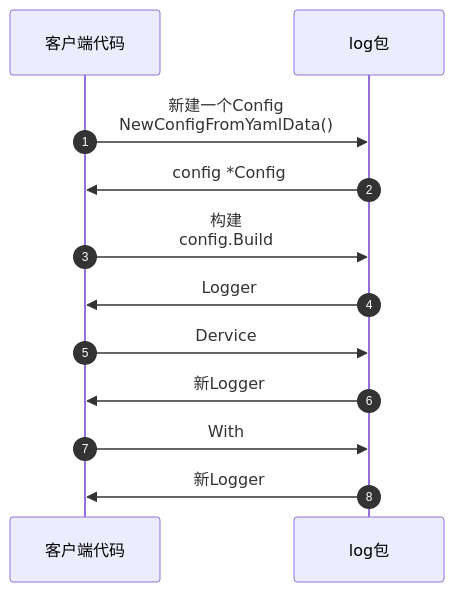
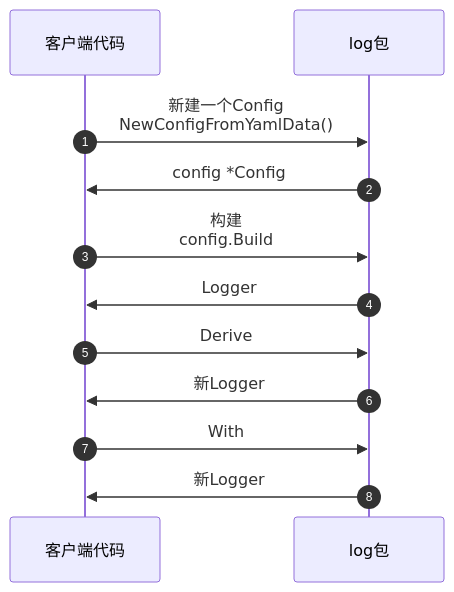
The second of 2 diagrams in README.md (fighterlyt/log), drawn with Mermaid before and after one commit. The commit also changed other lines of this file and 3 other files, not shown here.

````diff
--- a/README.md
+++ b/README.md
@@ -159,14 +160,14 @@
 ```mermaid
 sequenceDiagram
     autonumber
     participant client as 客户端代码
     participant log as log包
     client->>log: 新建一个Config<br> NewConfigFromYamlData()
     log->>client: config *Config
     client->>log: 构建<br>config.Build
     log->>client: Logger
-    client->>log: Dervice
+    client->>log: Derive
     log ->> client: 新Logger
     client->>log: With
     log ->> client:新Logger
 ```
````
